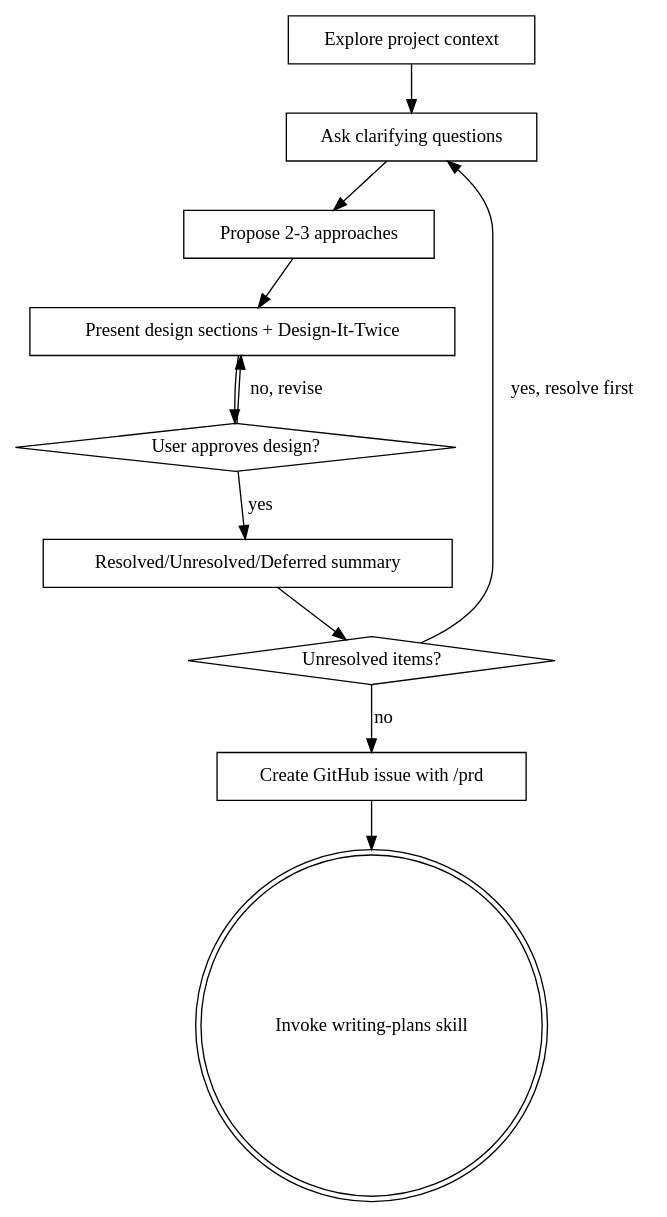
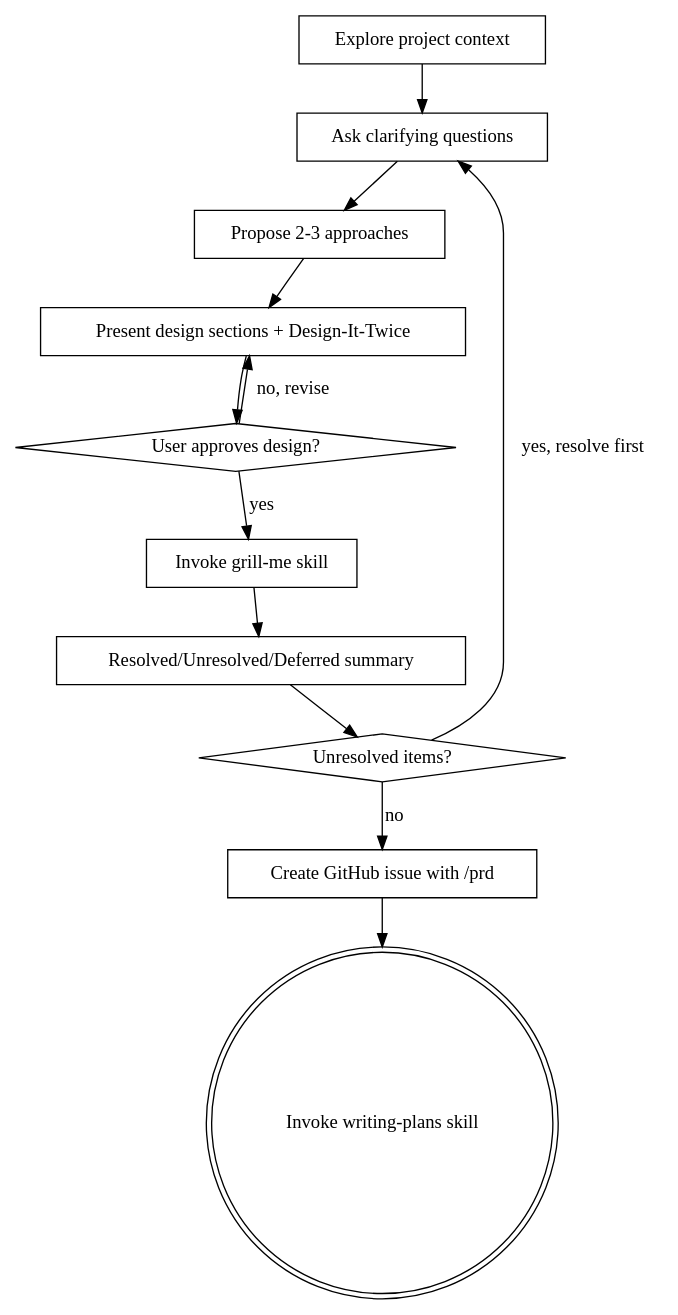
Before and after one commit to MatthieuGagne/gmb-wasteland-racer: the diagram in .claude/skills/brainstorming/SKILL.md, drawn with Graphviz. The commit also changed other lines of this file, not shown here.

Commit message:
chore: add grill-me step 5 to brainstorming; reference design-an-interface in Design-It-Twice

````diff
--- a/.claude/skills/brainstorming/SKILL.md
+++ b/.claude/skills/brainstorming/SKILL.md
@@ -56,24 +57,26 @@
 ```dot
 digraph brainstorming {
     "Explore project context" [shape=box];
     "Ask clarifying questions" [shape=box];
     "Propose 2-3 approaches" [shape=box];
     "Present design sections + Design-It-Twice" [shape=box];
     "User approves design?" [shape=diamond];
     "Create GitHub issue with /prd" [shape=box];
     "Invoke writing-plans skill" [shape=doublecircle];
 
     "Explore project context" -> "Ask clarifying questions";
     "Ask clarifying questions" -> "Propose 2-3 approaches";
     "Propose 2-3 approaches" -> "Present design sections + Design-It-Twice";
     "Present design sections + Design-It-Twice" -> "User approves design?";
     "User approves design?" -> "Present design sections + Design-It-Twice" [label="no, revise"];
-    "User approves design?" -> "Resolved/Unresolved/Deferred summary" [label="yes"];
+    "User approves design?" -> "Invoke grill-me skill" [label="yes"];
+    "Invoke grill-me skill" [shape=box];
+    "Invoke grill-me skill" -> "Resolved/Unresolved/Deferred summary";
     "Resolved/Unresolved/Deferred summary" [shape=box];
     "Unresolved items?" [shape=diamond];
     "Resolved/Unresolved/Deferred summary" -> "Unresolved items?";
     "Unresolved items?" -> "Ask clarifying questions" [label="yes, resolve first"];
     "Unresolved items?" -> "Create GitHub issue with /prd" [label="no"];
     "Create GitHub issue with /prd" -> "Invoke writing-plans skill";
 }
 ```
````
